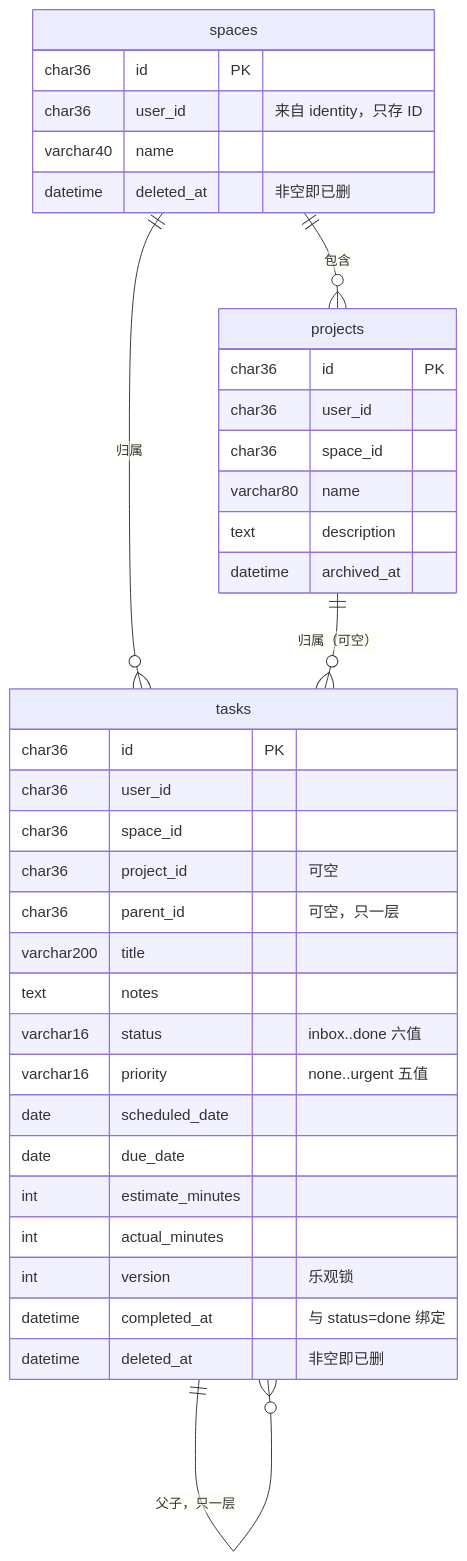
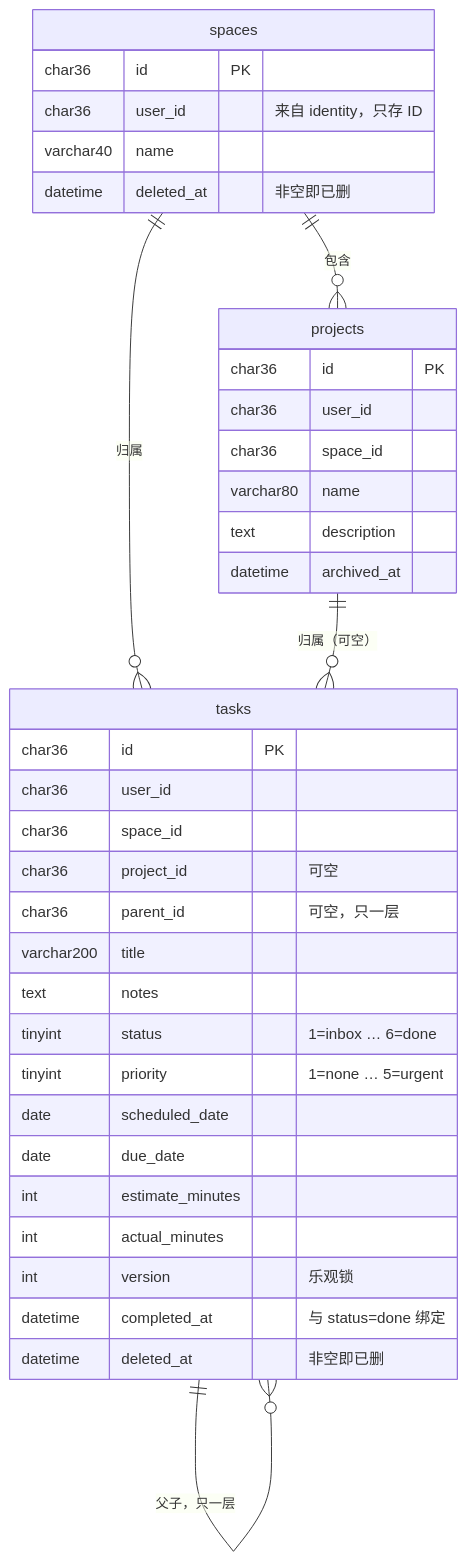
One commit to inezhi/dailywork changed the diagram in docs/dev/er.md. Above: the diagram before and after it, drawn with Mermaid. The commit also changed 2 other files, not shown here.

Commit message:
feat(schema): store task status and priority as numbers
status / priority 从 VARCHAR 改成 TINYINT，编号与 const/task_const.thrift
一一对应：状态 1=inbox…6=done，优先级 1=none…5=urgent。数据库、Thrift 与
生成的 Go 常量共用一套编号，省掉一次字符串映射。

CHECK 改为范围校验（1–6、1–5），chk_tasks_done 相应改成 status = 6。
飞书 06 的 tasks DDL 与 ER 图同步更新。

````diff
--- a/docs/dev/er.md
+++ b/docs/dev/er.md
@@ -8,42 +8,42 @@
 ```mermaid
 erDiagram
     spaces ||--o{ projects : "包含"
     spaces ||--o{ tasks : "归属"
     projects ||--o{ tasks : "归属（可空）"
     tasks ||--o{ tasks : "父子，只一层"
 
     spaces {
         char36 id PK
         char36 user_id "来自 identity，只存 ID"
         varchar40 name
         datetime deleted_at "非空即已删"
     }
 
     projects {
         char36 id PK
         char36 user_id
         char36 space_id
         varchar80 name
         text description
         datetime archived_at
     }
 
     tasks {
         char36 id PK
         char36 user_id
         char36 space_id
         char36 project_id "可空"
         char36 parent_id "可空，只一层"
         varchar200 title
         text notes
-        varchar16 status "inbox..done 六值"
-        varchar16 priority "none..urgent 五值"
+        tinyint status "1=inbox … 6=done"
+        tinyint priority "1=none … 5=urgent"
         date scheduled_date
         date due_date
         int estimate_minutes
         int actual_minutes
         int version "乐观锁"
         datetime completed_at "与 status=done 绑定"
         datetime deleted_at "非空即已删"
     }
 ```
````
